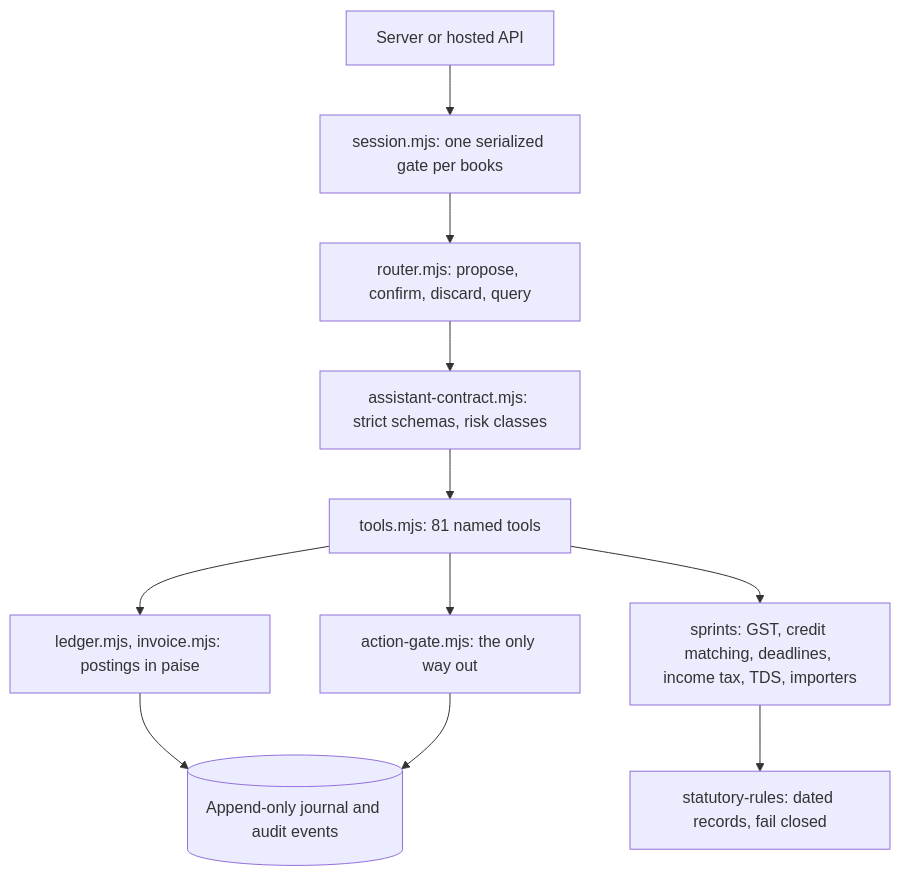
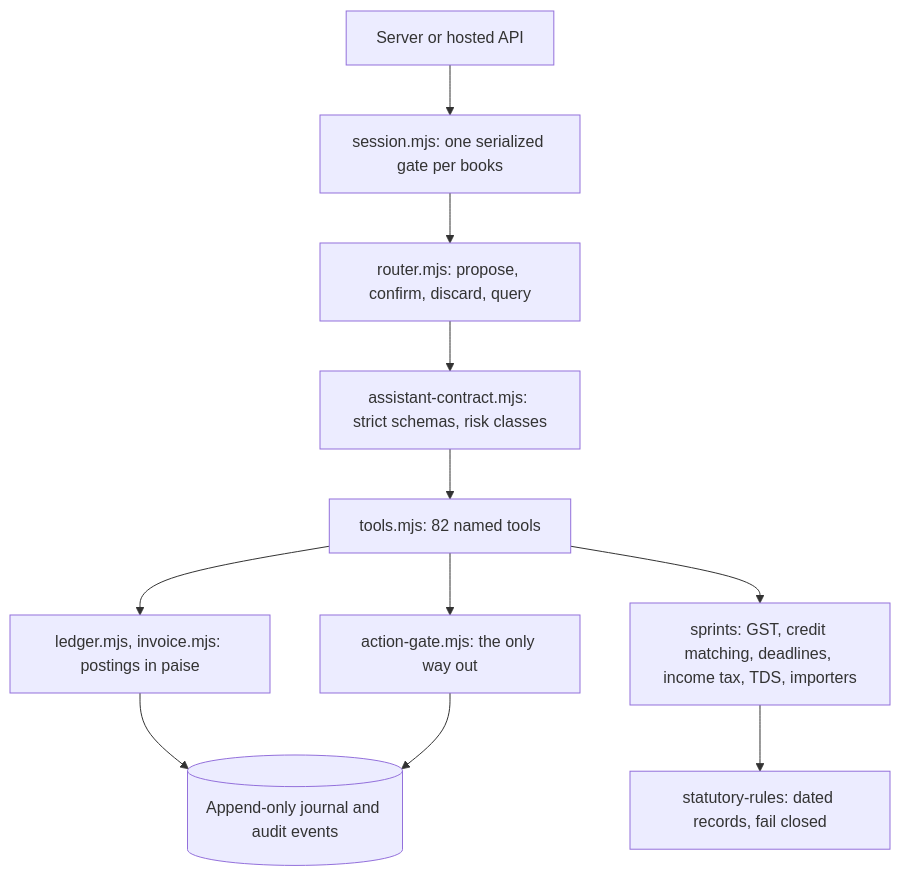
The second of 3 diagrams in docs/architecture/ARCHITECTURE.md (Vidyuthlabstechnologies/myca), drawn with Mermaid before and after one commit. The commit also changed other lines of this file and 25 other files, not shown here.

````diff
--- a/docs/architecture/ARCHITECTURE.md
+++ b/docs/architecture/ARCHITECTURE.md
@@ -56,13 +56,13 @@
 ```mermaid
 flowchart TD
   caller[Server or hosted API] --> session[session.mjs: one serialized gate per books]
   session --> router[router.mjs: propose, confirm, discard, query]
   router --> contract[assistant-contract.mjs: strict schemas, risk classes]
-  contract --> tools[tools.mjs: 81 named tools]
+  contract --> tools[tools.mjs: 82 named tools]
   tools --> ledger[ledger.mjs, invoice.mjs: postings in paise]
   tools --> engines[sprints: GST, credit matching, deadlines, income tax, TDS, importers]
   tools --> gate[action-gate.mjs: the only way out]
   engines --> rules[statutory-rules: dated records, fail closed]
   ledger --> journal[(Append-only journal and audit events)]
   gate --> journal
 ```
````
